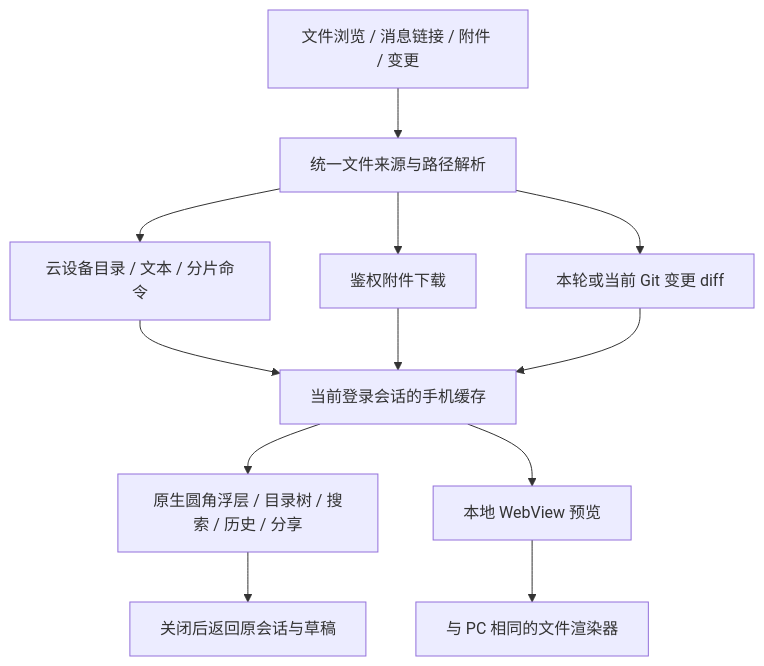
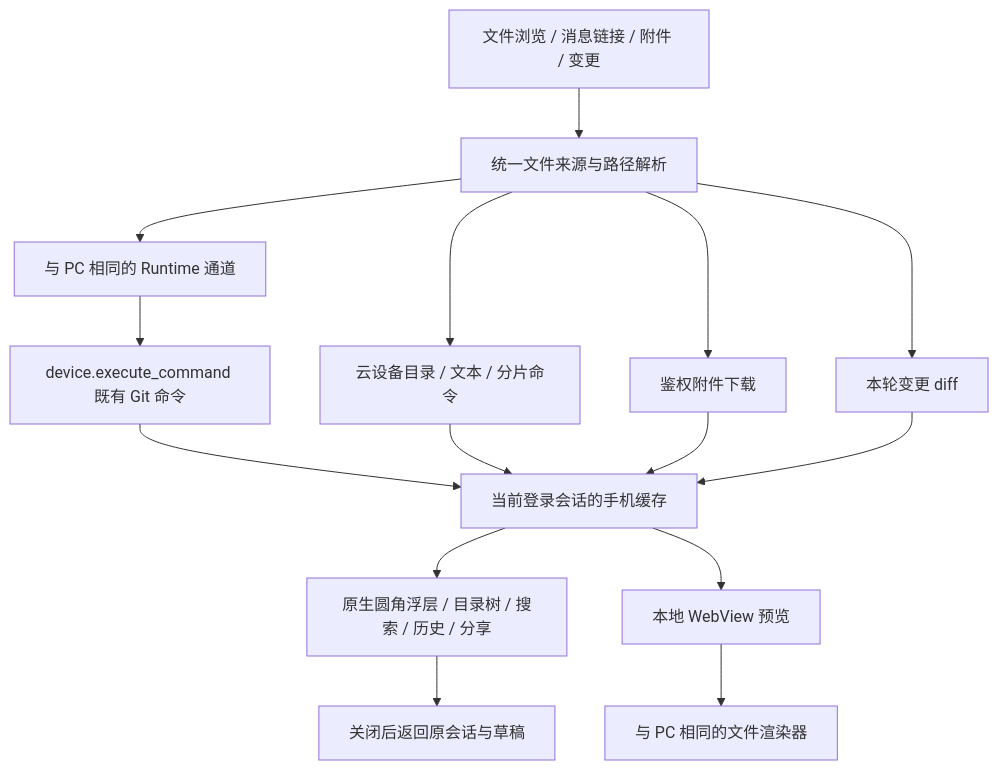
Before and after one commit to wecode-ai/Wegent: the diagram in docs/zh/wework/mobile-file-preview.md, drawn with Mermaid. The commit also changed other lines of this file and 41 other files, not shown here.

````diff
--- a/docs/zh/wework/mobile-file-preview.md
+++ b/docs/zh/wework/mobile-file-preview.md
@@ -68,14 +71,17 @@
 ```mermaid
 flowchart TD
   E[文件浏览 / 消息链接 / 附件 / 变更] --> T[统一文件来源与路径解析]
   T --> W[云设备目录 / 文本 / 分片命令]
   T --> A[鉴权附件下载]
-  T --> D[本轮或当前 Git 变更 diff]
+  T --> D[本轮变更 diff]
+  T --> G[与 PC 相同的 Runtime 通道]
+  G --> GD[device.execute_command 既有 Git 命令]
+  GD --> C
   W --> C[当前登录会话的手机缓存]
   A --> C
   D --> C
   C --> N[原生圆角浮层 / 目录树 / 搜索 / 历史 / 分享]
   C --> V[本地 WebView 预览]
   V --> P[与 PC 相同的文件渲染器]
   N --> R[关闭后返回原会话与草稿]
 ```
````
